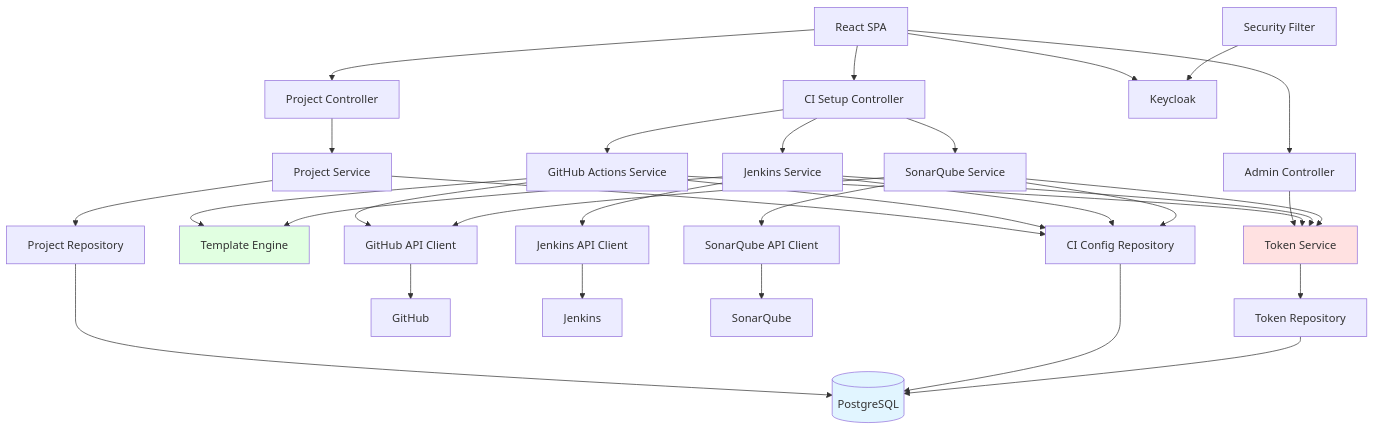
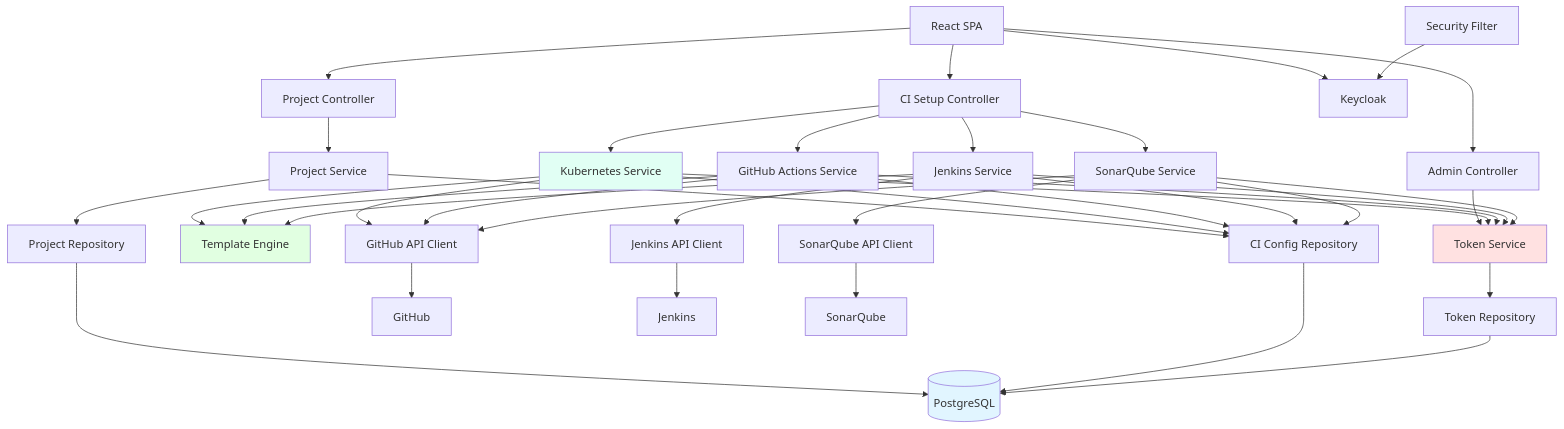
One commit to kost0806/ci-hub changed the eighth of 8 diagrams in docs/hld/components.md. Above: the diagram before and after it, drawn with Mermaid. The commit also changed other lines of this file and 3 other files, not shown here.

````diff
--- a/docs/hld/components.md
+++ b/docs/hld/components.md
@@ -484,61 +540,68 @@
 ```mermaid
 graph TD
     FE[React SPA]
     SecFilter[Security Filter]
     ProjCtrl[Project Controller]
     CICtrl[CI Setup Controller]
     AdminCtrl[Admin Controller]
     ProjSvc[Project Service]
+    K8sSvc[Kubernetes Service]
     GHSvc[GitHub Actions Service]
     JKSvc[Jenkins Service]
     SQSvc[SonarQube Service]
     TokenSvc[Token Service]
     Tmpl[Template Engine]
     ProjRepo[Project Repository]
     CIRepo[CI Config Repository]
     TokenRepo[Token Repository]
     GHClient[GitHub API Client]
     JKClient[Jenkins API Client]
     SQClient[SonarQube API Client]
     DB[(PostgreSQL)]
     KC[Keycloak]
 
     FE --> ProjCtrl
     FE --> CICtrl
     FE --> AdminCtrl
     FE --> KC
 
     SecFilter --> KC
     ProjCtrl --> ProjSvc
+    CICtrl --> K8sSvc
     CICtrl --> GHSvc
     CICtrl --> JKSvc
     CICtrl --> SQSvc
     AdminCtrl --> TokenSvc
 
     ProjSvc --> ProjRepo
     ProjSvc --> CIRepo
+    K8sSvc --> TokenSvc
+    K8sSvc --> Tmpl
+    K8sSvc --> GHClient
+    K8sSvc --> CIRepo
     GHSvc --> TokenSvc
     GHSvc --> Tmpl
     GHSvc --> GHClient
     GHSvc --> CIRepo
     JKSvc --> TokenSvc
     JKSvc --> Tmpl
     JKSvc --> JKClient
     JKSvc --> CIRepo
     SQSvc --> TokenSvc
     SQSvc --> SQClient
     SQSvc --> GHClient
     SQSvc --> CIRepo
     TokenSvc --> TokenRepo
 
     ProjRepo --> DB
     CIRepo --> DB
     TokenRepo --> DB
     GHClient --> GH[GitHub]
     JKClient --> JK[Jenkins]
     SQClient --> SQ[SonarQube]
 
     style TokenSvc fill:#ffe1e1
     style Tmpl fill:#e1ffe1
+    style K8sSvc fill:#e1fff4
     style DB fill:#e1f5ff
 ```
````
